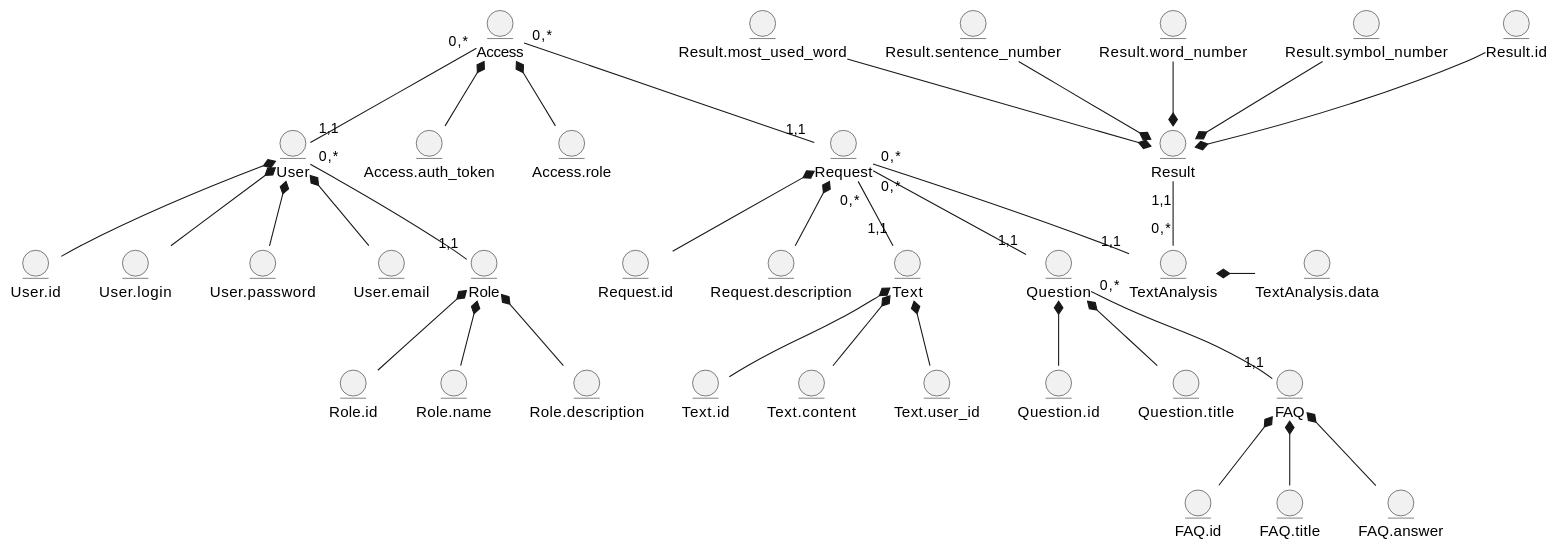
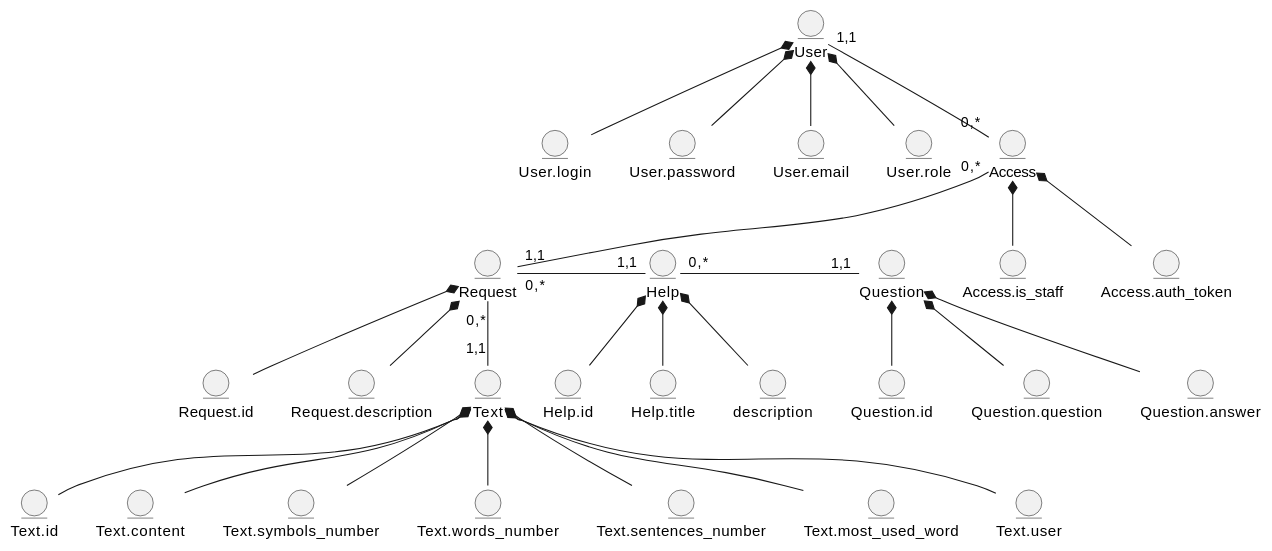
The first of 2 diagrams in docs/design/README.md (edu-db/edu_db_labs), drawn with PlantUML before and after one commit. The commit also changed other lines of this file, not shown here.

````diff
--- a/docs/design/README.md
+++ b/docs/design/README.md
@@ -5,35 +5,24 @@
-```plantuml
 @startuml
 
 entity User
 
-    entity User.id
     entity User.login
     entity User.password
     entity User.email
+    entity User.role
 
-        User *-- User.id
         User *-- User.login
         User *-- User.password
         User *-- User.email
-
-entity Role
-
-    entity Role.id
-    entity Role.name
-    entity Role.description
-
-        Role *-- Role.id
-        Role *-- Role.name
-        Role *-- Role.description
+        User *-- User.role
 
 entity Access
 
+    entity Access.is_staff
     entity Access.auth_token
-    entity Access.role
 
+        Access *-- Access.is_staff
         Access *-- Access.auth_token
-        Access *-- Access.role
 
 entity Request
 
@@ -47,59 +36,43 @@
 
     entity Text.id
     entity Text.content
-    entity Text.user_id
+    entity Text.symbols_number
+    entity Text.words_number
+    entity Text.sentences_number
+    entity Text.most_used_word
+    entity Text.user
 
         Text *-- Text.id
         Text *-- Text.content
-        Text *-- Text.user_id
+        Text *-- Text.symbols_number
+        Text *-- Text.words_number
+        Text *-- Text.sentences_number
+        Text *-- Text.most_used_word
+        Text *-- Text.user
+
+entity Help
+
+    entity Help.id
+    entity Help.title
+    entity description
+
+        Help *-- Help.id
+        Help *-- Help.title
+        Help *-- description
 
 entity Question
 
     entity Question.id
-    entity Question.title
+    entity Question.question
+    entity Question.answer
 
         Question *-- Question.id
-        Question *-- Question.title
+        Question *-- Question.question
+        Question *-- Question.answer
 
-entity FAQ
-
-    entity FAQ.id
-    entity FAQ.title
-    entity FAQ.answer
-
-        FAQ *-- FAQ.id
-        FAQ *-- FAQ.title
-        FAQ *-- FAQ.answer
-
-entity TextAnalysis
-
-    entity TextAnalysis.data
-
-        TextAnalysis *-r- TextAnalysis.data
-
-entity Result
-
-    entity Result.id
-    entity Result.symbol_number
-    entity Result.word_number
-    entity Result.sentence_number
-    entity Result.most_used_word
-
-        Result *-u- Result.id
-        Result *-u- Result.symbol_number
-        Result *-u- Result.word_number
-        Result *-u- Result.sentence_number
-        Result *-u- Result.most_used_word
-
-
-
-User "0,*" -- "1,1" Role
-Access "0,*" -- "1,1" User
+User "1,1" -- "0,*" Access
 Access "0,*" -- "1,1" Request
 Request "0,*" -- "1,1" Text
-Request "0,*" -- "1,1" Question
-Question "0,*" -- "1,1" FAQ
-Request "0,*" -- "1,1" TextAnalysis
-TextAnalysis "0,*" -u- "1,1" Result
+Request "0,*" -r- "1,1" Help
+Help "0,*" -r- "1,1" Question
 @enduml
-```
````
